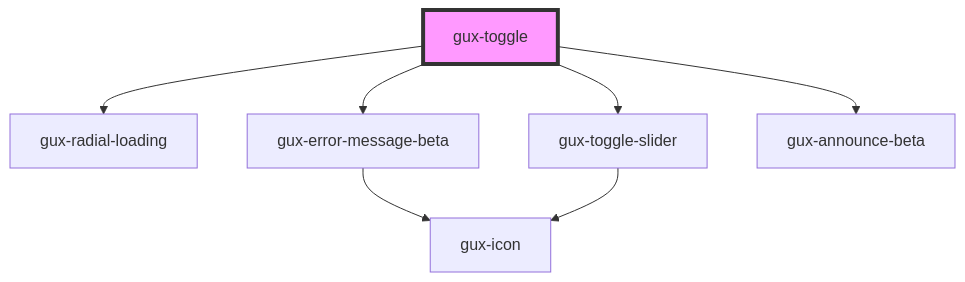
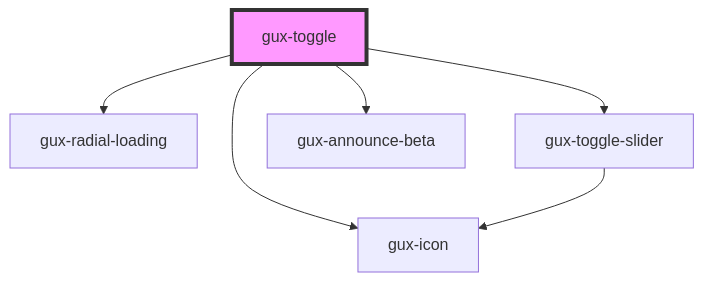
Before and after one commit to MyPureCloud/genesys-spark: the diagram in packages/genesys-spark-components/src/components/stable/gux-toggle/readme.md, drawn with Mermaid. The commit also changed other lines of this file and 4 other files, not shown here.

First line of the commit message:
fix(toggle): removing dependency on gux-error-message-beta component

````diff
--- a/packages/genesys-spark-components/src/components/stable/gux-toggle/readme.md
+++ b/packages/genesys-spark-components/src/components/stable/gux-toggle/readme.md
@@ -44,10 +44,9 @@
 ```mermaid
 graph TD;
   gux-toggle --> gux-radial-loading
-  gux-toggle --> gux-error-message-beta
+  gux-toggle --> gux-icon
   gux-toggle --> gux-toggle-slider
   gux-toggle --> gux-announce-beta
-  gux-error-message-beta --> gux-icon
   gux-toggle-slider --> gux-icon
   style gux-toggle fill:#f9f,stroke:#333,stroke-width:4px
 ```
````
